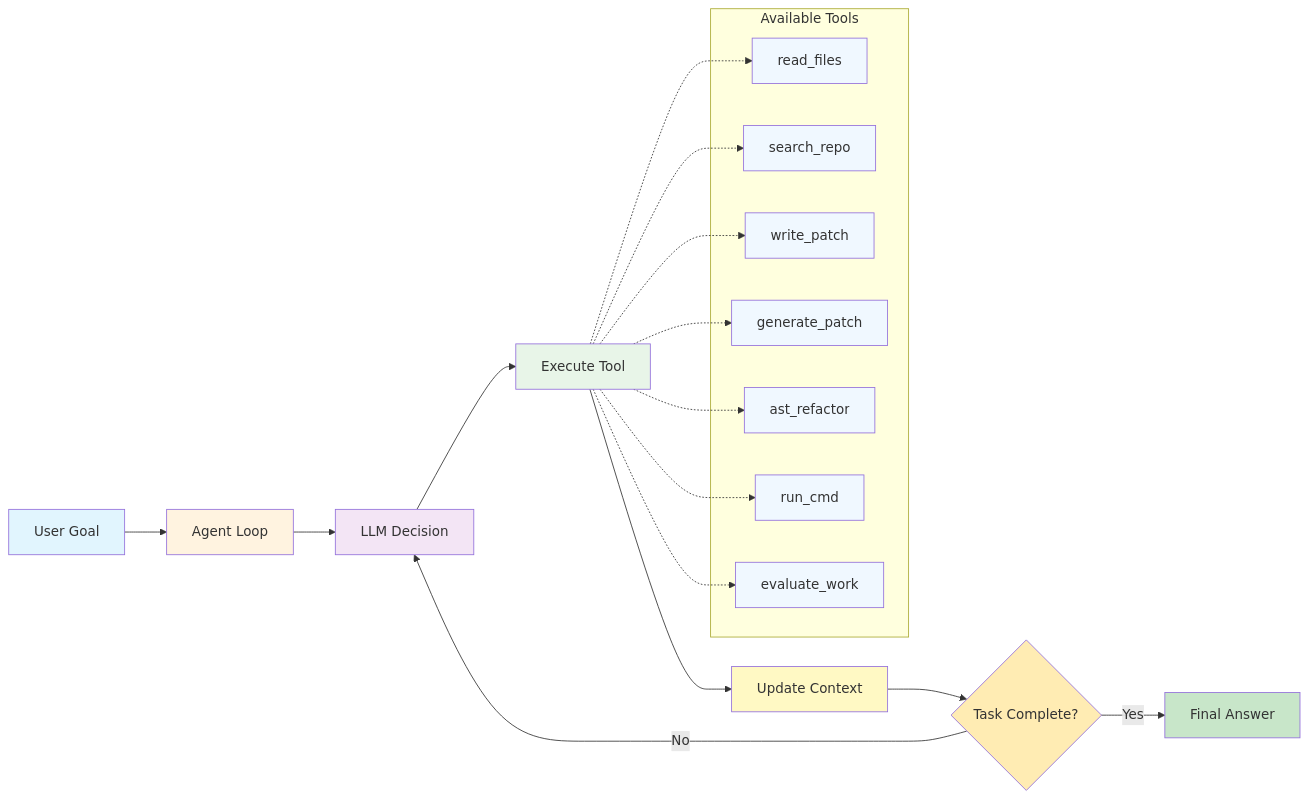
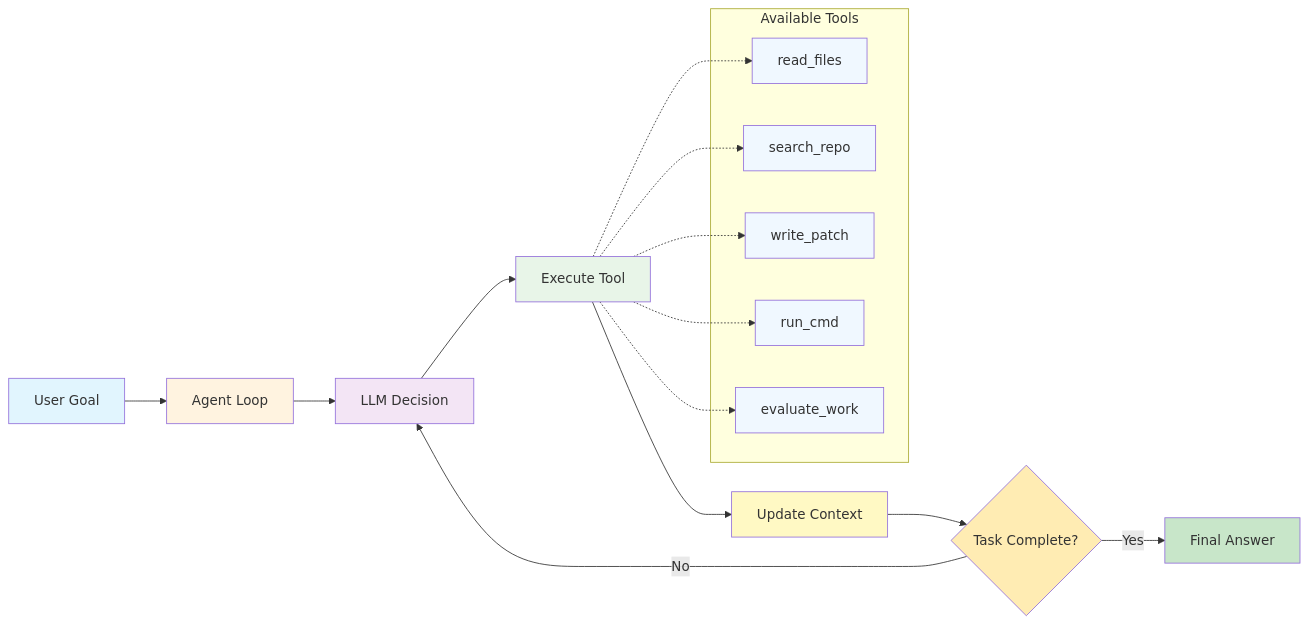
One commit to devhelpr/agent-loop changed the first of 2 diagrams in readme.md. Above: the diagram before and after it, drawn with Mermaid. The commit also changed other lines of this file, not shown here.

````diff
--- a/readme.md
+++ b/readme.md
@@ -42,43 +40,37 @@
 ```mermaid
 flowchart LR
     A[User Goal] --> B[Agent Loop]
     B --> C[LLM Decision]
     C --> D[Execute Tool]
     D --> E[Update Context]
     E --> F{Task Complete?}
     F -->|No| C
     F -->|Yes| G[Final Answer]
     
     subgraph "Available Tools"
         H[read_files]
         I[search_repo]
         J[write_patch]
-        K[generate_patch]
-        L[ast_refactor]
-        M[run_cmd]
-        N[evaluate_work]
+        K[run_cmd]
+        L[evaluate_work]
     end
     
     D -.-> H
     D -.-> I
     D -.-> J
     D -.-> K
     D -.-> L
-    D -.-> M
-    D -.-> N
     
     style A fill:#e1f5fe
     style B fill:#fff3e0
     style C fill:#f3e5f5
     style D fill:#e8f5e8
     style E fill:#fff9c4
     style F fill:#ffecb3
     style G fill:#c8e6c9
     style H fill:#f0f8ff
     style I fill:#f0f8ff
     style J fill:#f0f8ff
     style K fill:#f0f8ff
     style L fill:#f0f8ff
-    style M fill:#f0f8ff
-    style N fill:#f0f8ff
 ```
````
